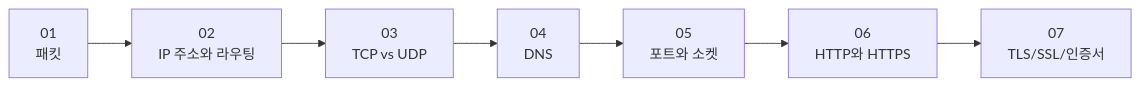
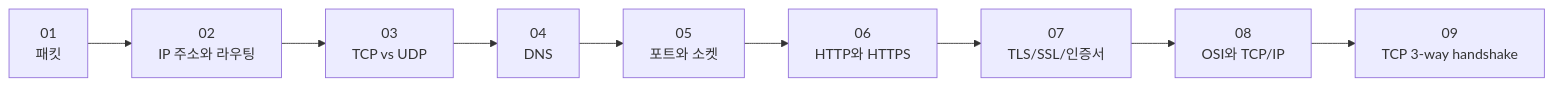
One commit to kmj8843/blog changed the diagram in docs/Network/index.md. Above: the diagram before and after it, drawn with Mermaid. The commit also changed other lines of this file and 2 other files, not shown here.

````diff
--- a/docs/Network/index.md
+++ b/docs/Network/index.md
@@ -30,9 +30,11 @@
 ```mermaid
 flowchart LR
     A[01<br/>패킷] --> B[02<br/>IP 주소와 라우팅]
     B --> C[03<br/>TCP vs UDP]
     C --> D[04<br/>DNS]
     D --> E[05<br/>포트와 소켓]
     E --> F[06<br/>HTTP와 HTTPS]
     F --> G[07<br/>TLS/SSL/인증서]
+    G --> H[08<br/>OSI와 TCP/IP]
+    H --> I[09<br/>TCP 3-way handshake]
 ```
````
